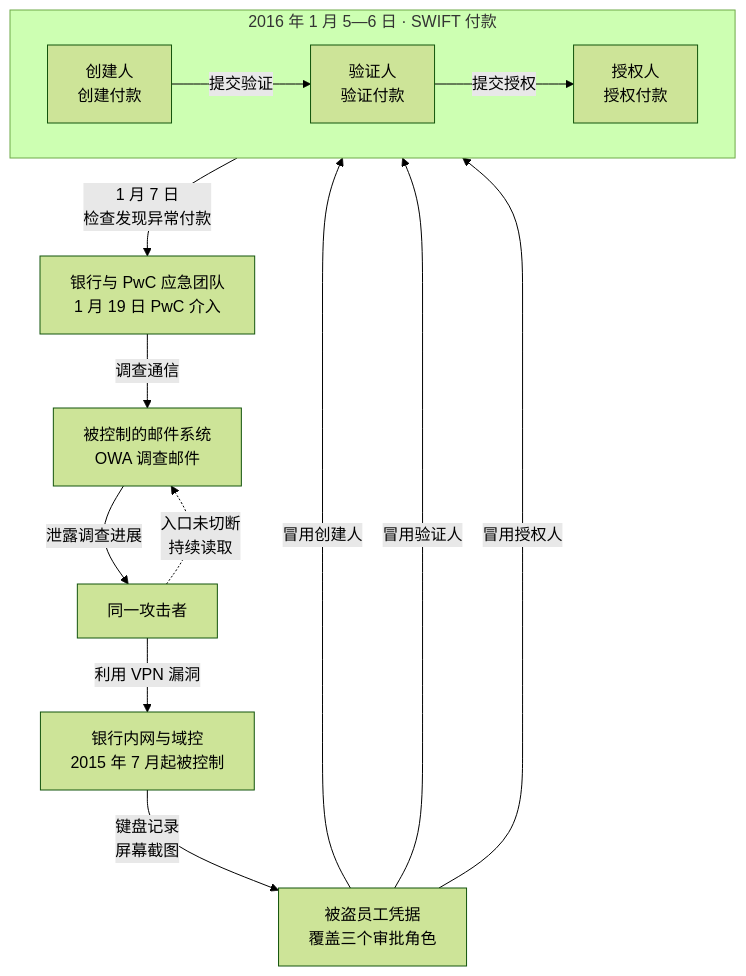
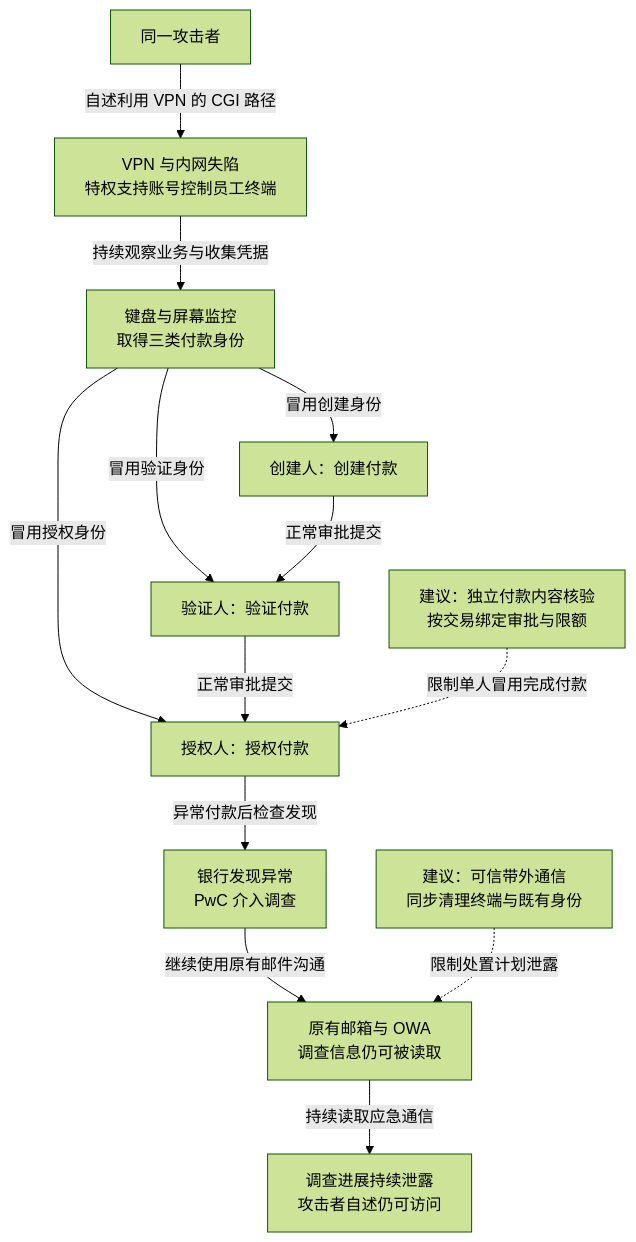
One commit to FeeiCN/FEEI.CN changed the diagram in docs/01-网络安全/01-网络空间安全/01-安全威胁/01-历史攻击事件/2016-如何在网络上抢银行.md. Above: the diagram before and after it, drawn with Mermaid (forest theme). The commit also changed other lines of this file and 21 other files, not shown here.

````diff
--- a/docs/01-网络安全/01-网络空间安全/01-安全威胁/01-历史攻击事件/2016-如何在网络上抢银行.md
+++ b/docs/01-网络安全/01-网络空间安全/01-安全威胁/01-历史攻击事件/2016-如何在网络上抢银行.md
@@ -22,26 +43,31 @@
 ```mermaid
 flowchart TB
-  accTitle: 开曼银行入侵、三角色身份冒用与应急通信泄露
-  accDescr: 同一攻击者通过 VPN 漏洞控制银行内网与域控，利用员工电脑监控取得三种审批角色的凭据，分别冒用身份完成 SWIFT 付款。银行发现异常并委托 PwC 应急后，入口仍未切断，调查邮件继续泄露给攻击者。
+  accTitle: 三个业务角色如何被同一入侵者组合使用
+  accDescr: 依攻击者自述与PwC 摘要，VPN 失陷后取得域和员工终端权限，再收集三类付款身份并按正常审批顺序付款。调查启动后，攻击者仍能读取失陷邮箱。虚线连接建议控制。
   attacker["同一攻击者"]
-  network["银行内网与域控<br/>2015 年 7 月起被控制"]
-  credentials["被盗员工凭据<br/>覆盖三个审批角色"]
-  subgraph swift["2016 年 1 月 5—6 日 · SWIFT 付款"]
-    direction LR
-    creator["创建人<br/>创建付款"] -->|提交验证| verifier["验证人<br/>验证付款"]
-    verifier -->|提交授权| authorizer["授权人<br/>授权付款"]
-  end
-  response["银行与 PwC 应急团队<br/>1 月 19 日 PwC 介入"]
-  mail["被控制的邮件系统<br/>OWA 调查邮件"]
-  attacker -->|利用 VPN 漏洞| network
-  network -->|键盘记录<br/>屏幕截图| credentials
-  credentials -->|冒用创建人| creator
-  credentials -->|冒用验证人| verifier
-  credentials -->|冒用授权人| authorizer
-  authorizer -->|1 月 7 日<br/>检查发现异常付款| response
-  response -->|调查通信| mail
-  attacker -. 入口未切断<br/>持续读取 .-> mail
-  mail -->|泄露调查进展| attacker
-  class network,credentials,creator,verifier,authorizer main
+  network["VPN 与内网失陷<br/>特权支持账号控制员工终端"]
+  creds["键盘与屏幕监控<br/>取得三类付款身份"]
+  paymentDraft["创建人：创建付款"]
+  verify["验证人：验证付款"]
+  authorize["授权人：授权付款"]
+  response["银行发现异常<br/>PwC 介入调查"]
+  mail["原有邮箱与 OWA<br/>调查信息仍可被读取"]
+  residual["调查进展持续泄露<br/>攻击者自述仍可访问"]
+  approval["建议：独立付款内容核验<br/>按交易绑定审批与限额"]
+  communication["建议：可信带外通信<br/>同步清理终端与既有身份"]
+  attacker -->|自述利用 VPN 的 CGI 路径| network
+  network -->|持续观察业务与收集凭据| creds
+  creds -->|冒用创建身份| paymentDraft
+  creds -->|冒用验证身份| verify
+  creds -->|冒用授权身份| authorize
+  paymentDraft -->|正常审批提交| verify
+  verify -->|正常审批提交| authorize
+  authorize -->|异常付款后检查发现| response
+  response -->|继续使用原有邮件沟通| mail
+  mail -->|持续读取应急通信| residual
+  approval -. 限制单人冒用完成付款 .-> authorize
+  communication -. 限制处置计划泄露 .-> mail
+  class network,creds,paymentDraft,verify,authorize main
   class response response
+  class approval,communication note
 ```
````
